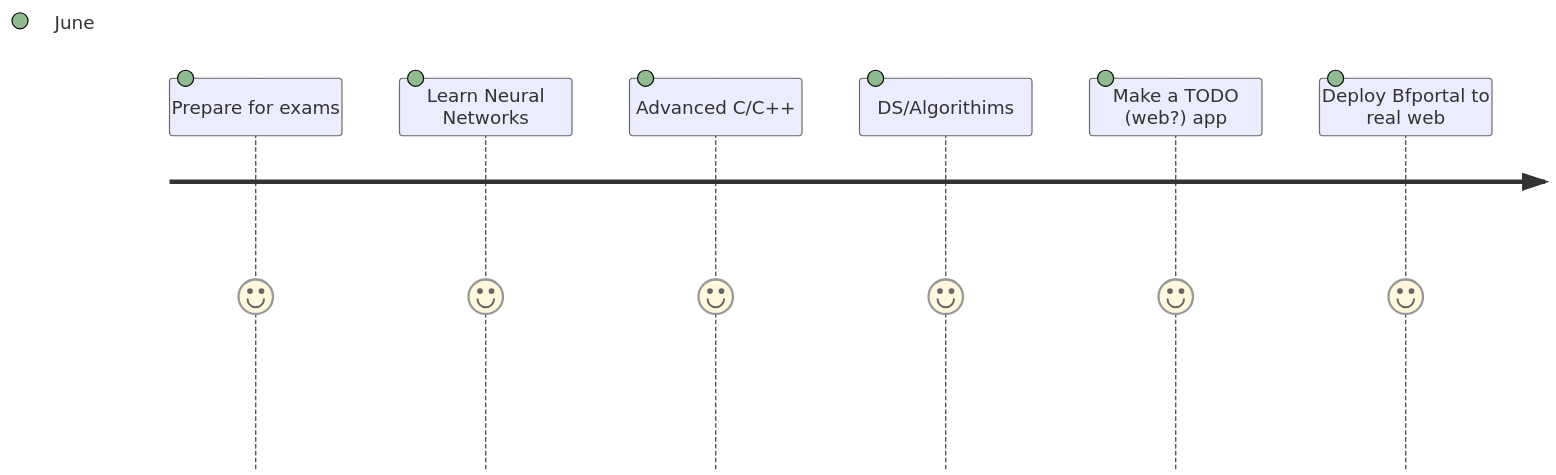
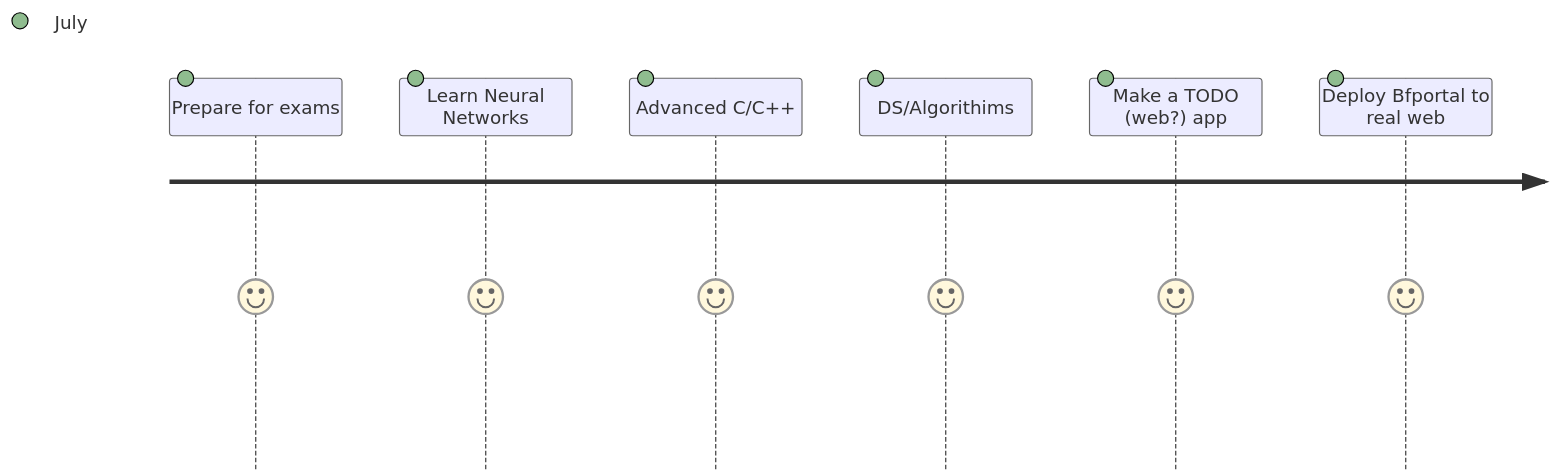
One commit to p0lygun/p0lygun changed the diagram in README.md. Above: the diagram before and after it, drawn with Mermaid.

````diff
--- a/README.md
+++ b/README.md
@@ -26,9 +26,9 @@
 ```mermaid
 journey
-    Prepare for exams:5:June
-    Learn Neural Networks: 5: June
-    Advanced C/C++: 5: June
-    DS/Algorithims:5:June
-    Make a TODO (web?) app:5:June
-    Deploy Bfportal to real web:5:June
+    Prepare for exams:5:July
+    Learn Neural Networks: 5: July
+    Advanced C/C++: 5: July
+    DS/Algorithims:5:July
+    Make a TODO (web?) app:5:July
+    Deploy Bfportal to real web:5:July
 ```
````
